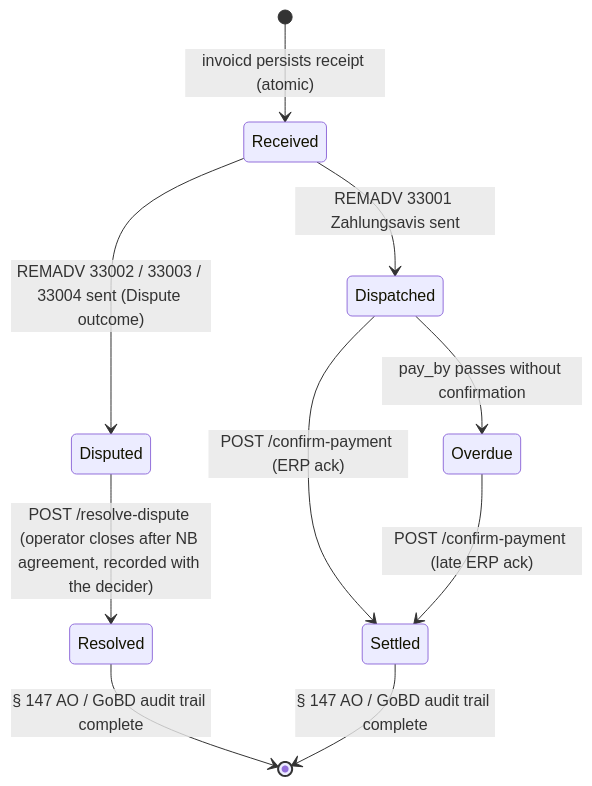
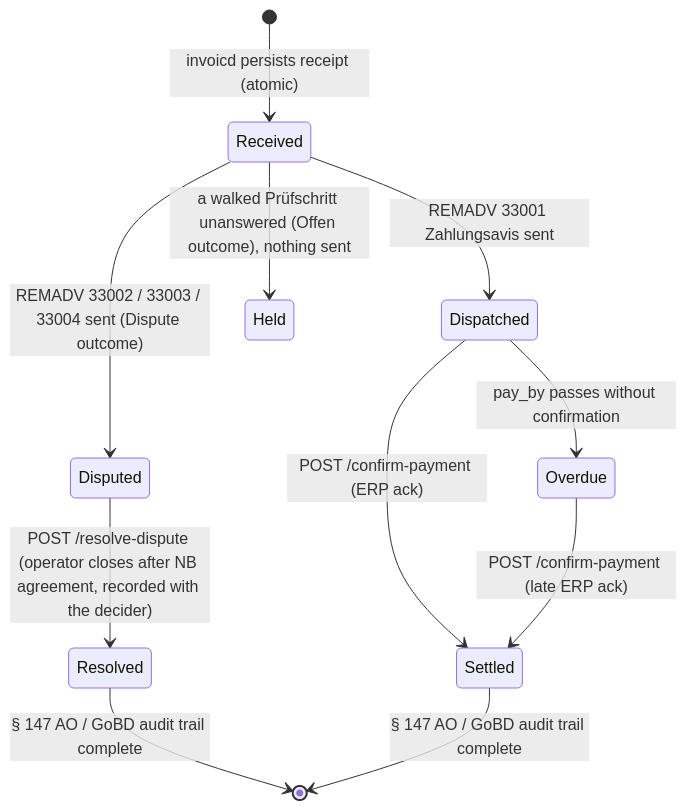
The second of 2 diagrams in site/content/docs/services/invoicd.md (hupe1980/mako), drawn with Mermaid before and after one commit. The commit also changed other lines of this file and 443 other files, not shown here.

````diff
--- a/site/content/docs/services/invoicd.md
+++ b/site/content/docs/services/invoicd.md
@@ -358,12 +355,13 @@
 ```mermaid
 stateDiagram-v2
     [*] --> Received : invoicd persists receipt (atomic)
     Received --> Dispatched : REMADV 33001 Zahlungsavis sent
     Received --> Disputed : REMADV 33002 / 33003 / 33004 sent (Dispute outcome)
+    Received --> Held : a walked Prüfschritt unanswered (Offen outcome), nothing sent
     Dispatched --> Settled : POST /confirm-payment (ERP ack)
     Dispatched --> Overdue : pay_by passes without confirmation
     Overdue --> Settled : POST /confirm-payment (late ERP ack)
     Disputed --> Resolved : POST /resolve-dispute (operator closes after NB agreement, recorded with the decider)
     Resolved --> [*] : § 147 AO / GoBD audit trail complete
     Settled --> [*] : § 147 AO / GoBD audit trail complete
 ```
````
